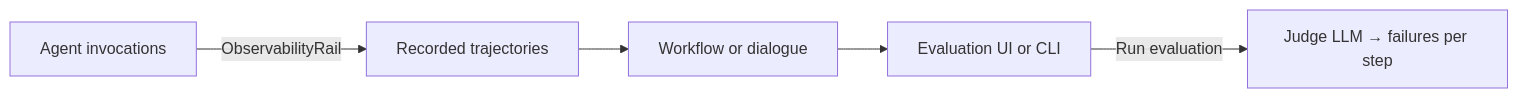
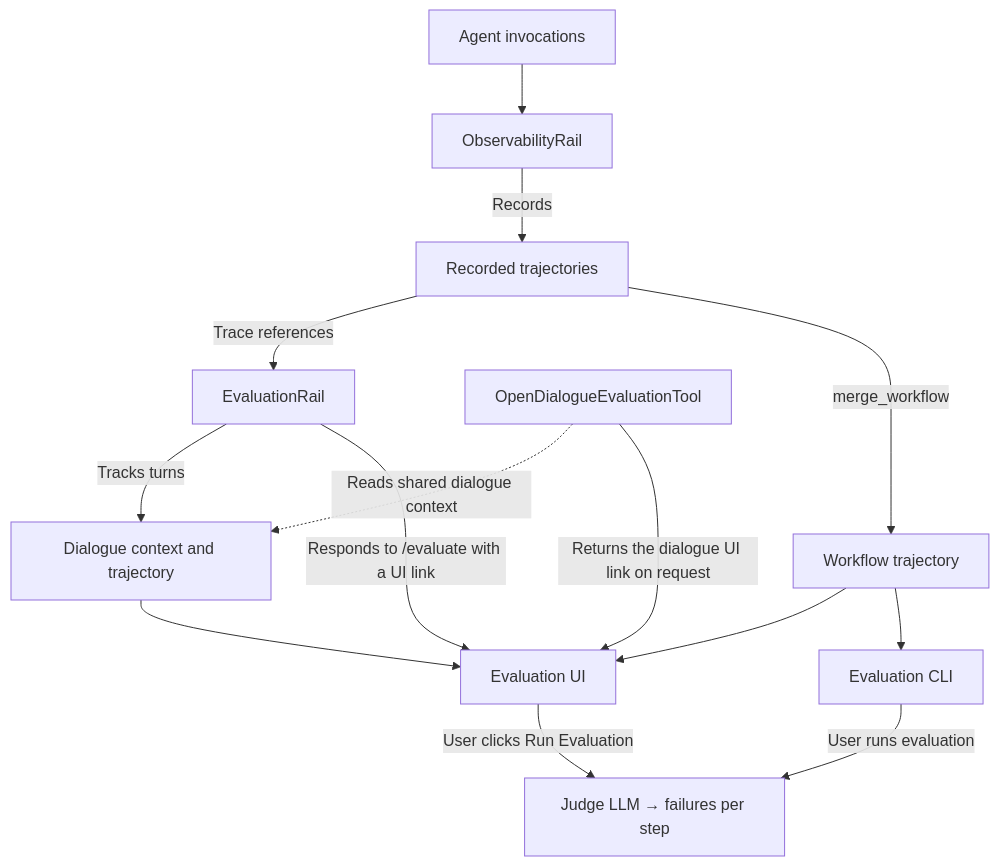
One commit to openJiuwen-ai/agent-plugin changed the diagram in plugins/observability-and-evaluation/README.md. Above: the diagram before and after it, drawn with Mermaid. The commit also changed other lines of this file, not shown here.

First line of the commit message:
docs: update observability plugin README diagram and links

````diff
--- a/plugins/observability-and-evaluation/README.md
+++ b/plugins/observability-and-evaluation/README.md
@@ -16,7 +16,16 @@
 ```mermaid
-flowchart LR
-    A[Agent invocations] -->|ObservabilityRail| B[Recorded trajectories]
-    B --> C[Workflow or dialogue]
-    C --> D[Evaluation UI or CLI]
-    D -->|Run evaluation| E[Judge LLM → failures per step]
+flowchart TD
+    A[Agent invocations] --> O[ObservabilityRail]
+    O -->|Records| B[Recorded trajectories]
+    B -->|Trace references| R[EvaluationRail]
+    R -->|Tracks turns| C[Dialogue context and trajectory]
+    B -->|merge_workflow| W[Workflow trajectory]
+    C --> D[Evaluation UI]
+    W --> D
+    W --> CLI[Evaluation CLI]
+    R -->|Responds to /evaluate with a UI link| D
+    T[OpenDialogueEvaluationTool] -.->|Reads shared dialogue context| C
+    T -->|Returns the dialogue UI link on request| D
+    D -->|User clicks Run Evaluation| E[Judge LLM → failures per step]
+    CLI -->|User runs evaluation| E
 ```
````
